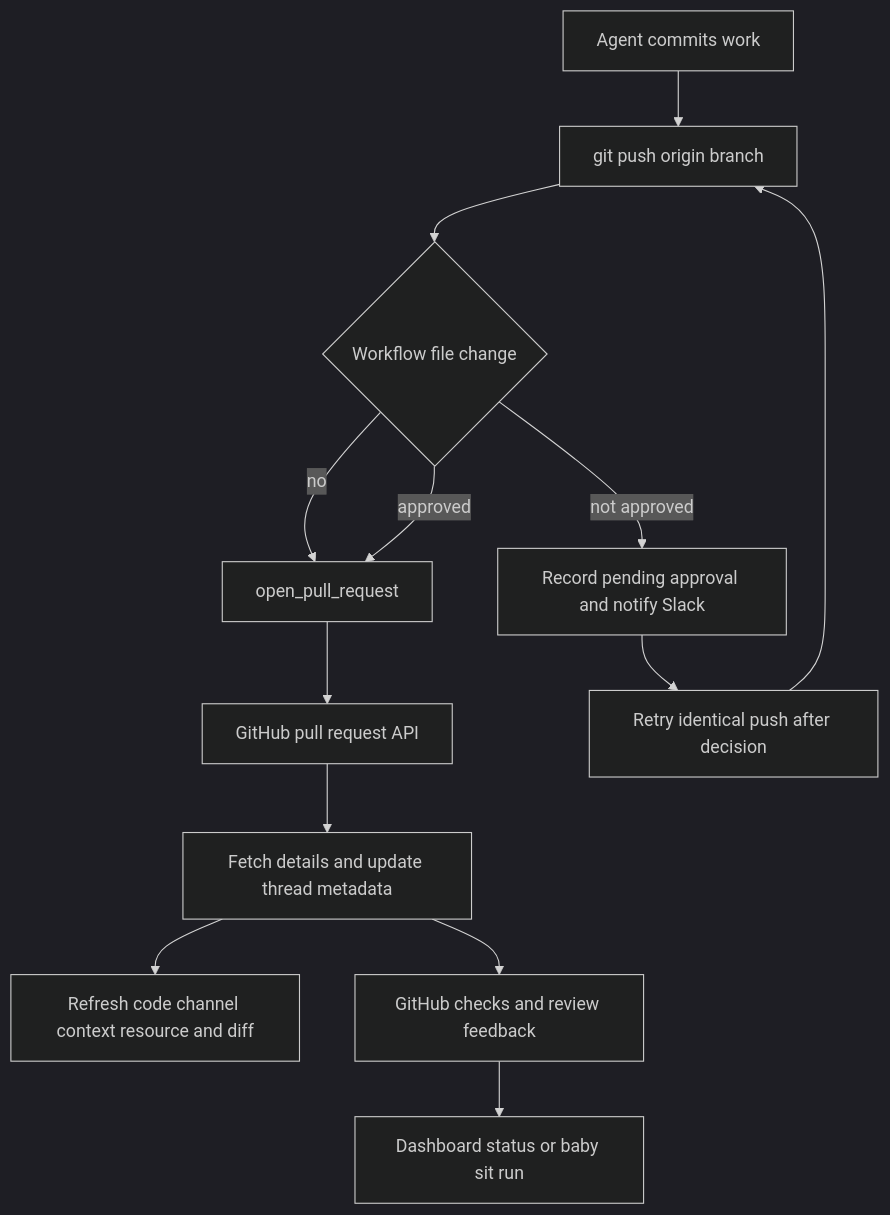
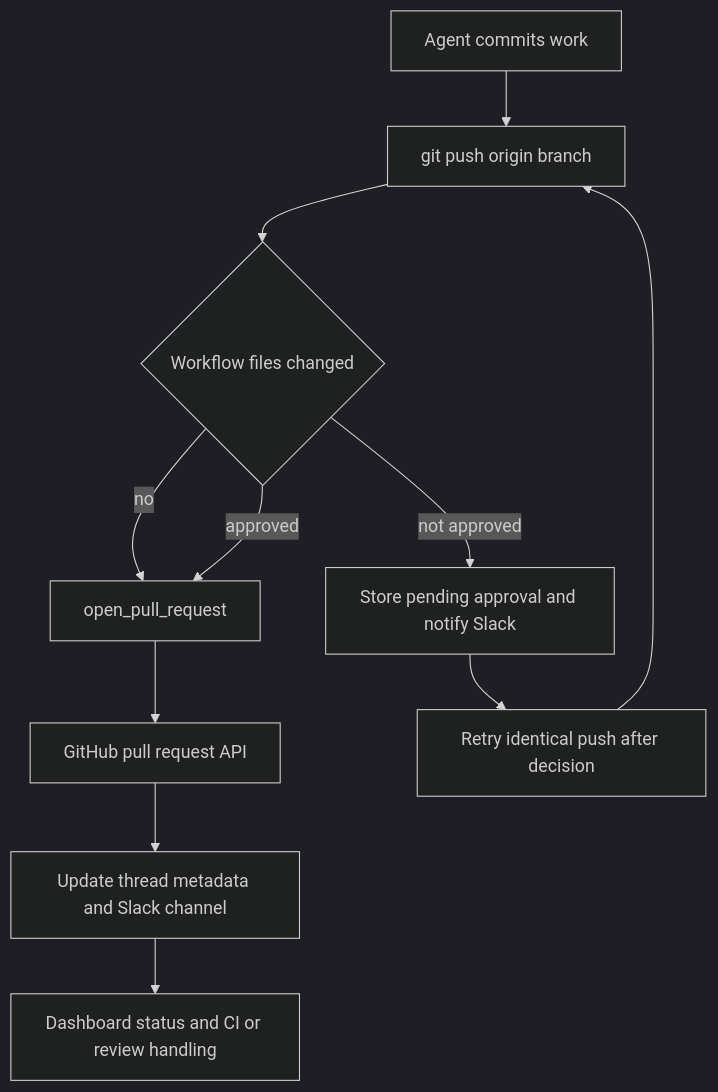
Before and after one commit to langchain-ai/open-swe: the diagram in openwiki/workflows/pr-creation.md, drawn with Mermaid (dark theme). The commit also changed other lines of this file and 52 other files, not shown here.

````diff
--- a/openwiki/workflows/pr-creation.md
+++ b/openwiki/workflows/pr-creation.md
@@ -41,15 +45,13 @@
 ```mermaid
 flowchart TD
     Commit["Agent commits work"] --> Push["git push origin branch"]
-    Push --> Workflow{"Workflow file change"}
+    Push --> Workflow{"Workflow files changed"}
     Workflow -->|"no"| Open["open_pull_request"]
     Workflow -->|"approved"| Open
-    Workflow -->|"not approved"| Approval["Record pending approval and notify Slack"]
+    Workflow -->|"not approved"| Approval["Store pending approval and notify Slack"]
     Approval --> Retry["Retry identical push after decision"]
     Retry --> Push
     Open --> GitHub["GitHub pull request API"]
-    GitHub --> Telemetry["Fetch details and update thread metadata"]
-    Telemetry --> Channel["Refresh code channel context resource and diff"]
-    Telemetry --> CI["GitHub checks and review feedback"]
-    CI --> Feedback["Dashboard status or baby sit run"]
+    GitHub --> Telemetry["Update thread metadata and Slack channel"]
+    Telemetry --> Feedback["Dashboard status and CI or review handling"]
 ```
````
